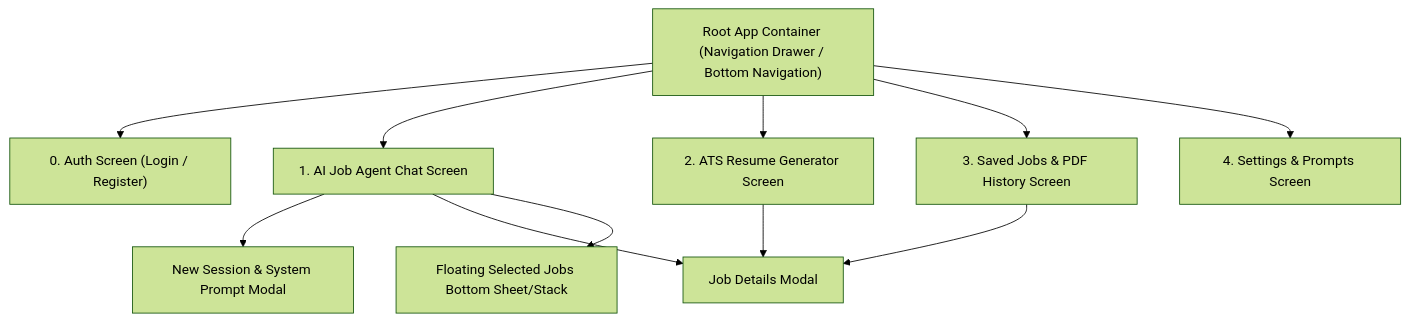
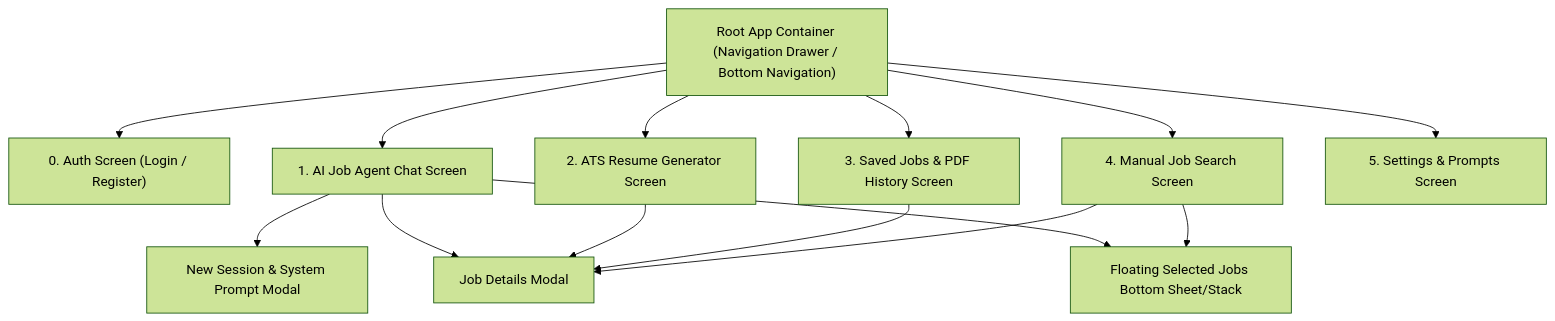
The diagram in template_modifier/finalized_ui_server/api_and_ui_architecture_docs.md (bilal12367/Resume_Generator), drawn with Mermaid (forest theme) before and after one commit. The commit also changed 24 other files, not shown here.

Commit message:
feat: integrate Naukri job scraper service and add manual search UI components

````diff
--- a/template_modifier/finalized_ui_server/api_and_ui_architecture_docs.md
+++ b/template_modifier/finalized_ui_server/api_and_ui_architecture_docs.md
@@ -9,23 +9,27 @@
 ```mermaid
 graph TD
     Root["Root App Container (Navigation Drawer / Bottom Navigation)"]
     
     AuthScreen["0. Auth Screen (Login / Register)"]
     ChatScreen["1. AI Job Agent Chat Screen"]
     WorkflowScreen["2. ATS Resume Generator Screen"]
     SavedJobsScreen["3. Saved Jobs & PDF History Screen"]
-    ProfileScreen["4. Settings & Prompts Screen"]
+    ManualSearchScreen["4. Manual Job Search Screen"]
+    ProfileScreen["5. Settings & Prompts Screen"]
 
     Root --> AuthScreen
     Root --> ChatScreen
     Root --> WorkflowScreen
     Root --> SavedJobsScreen
+    Root --> ManualSearchScreen
     Root --> ProfileScreen
 
     ChatScreen --> NewSessionModal["New Session & System Prompt Modal"]
     ChatScreen --> JobDetailModal["Job Details Modal"]
     ChatScreen --> SelectedJobsStack["Floating Selected Jobs Bottom Sheet/Stack"]
     
     WorkflowScreen --> JobDetailModal
     SavedJobsScreen --> JobDetailModal
+    ManualSearchScreen --> JobDetailModal
+    ManualSearchScreen --> SelectedJobsStack
 ```
````
